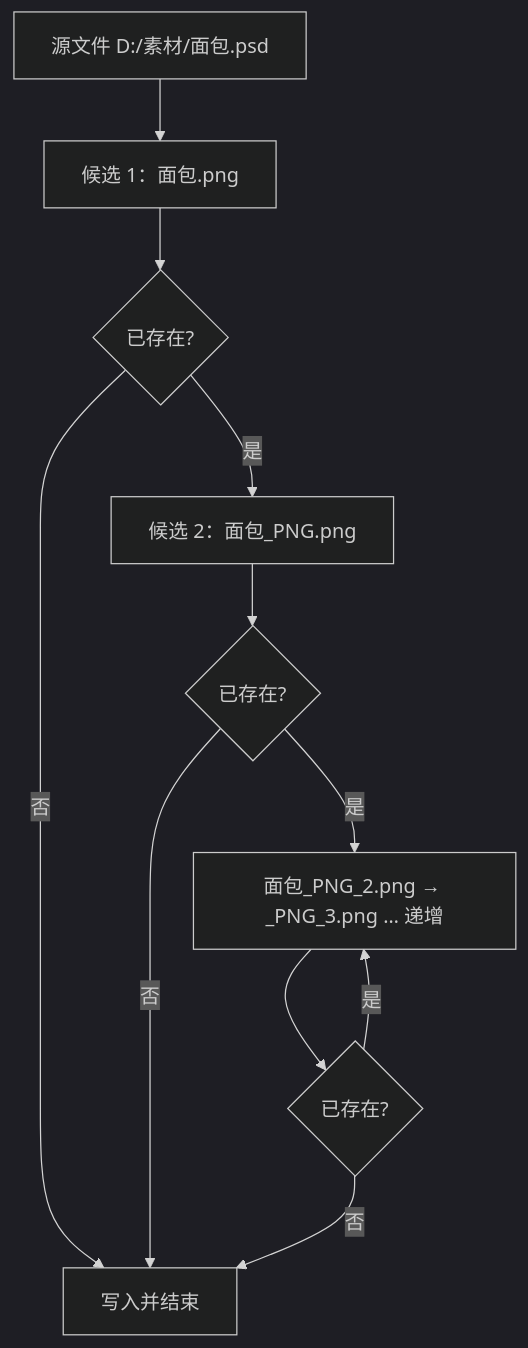
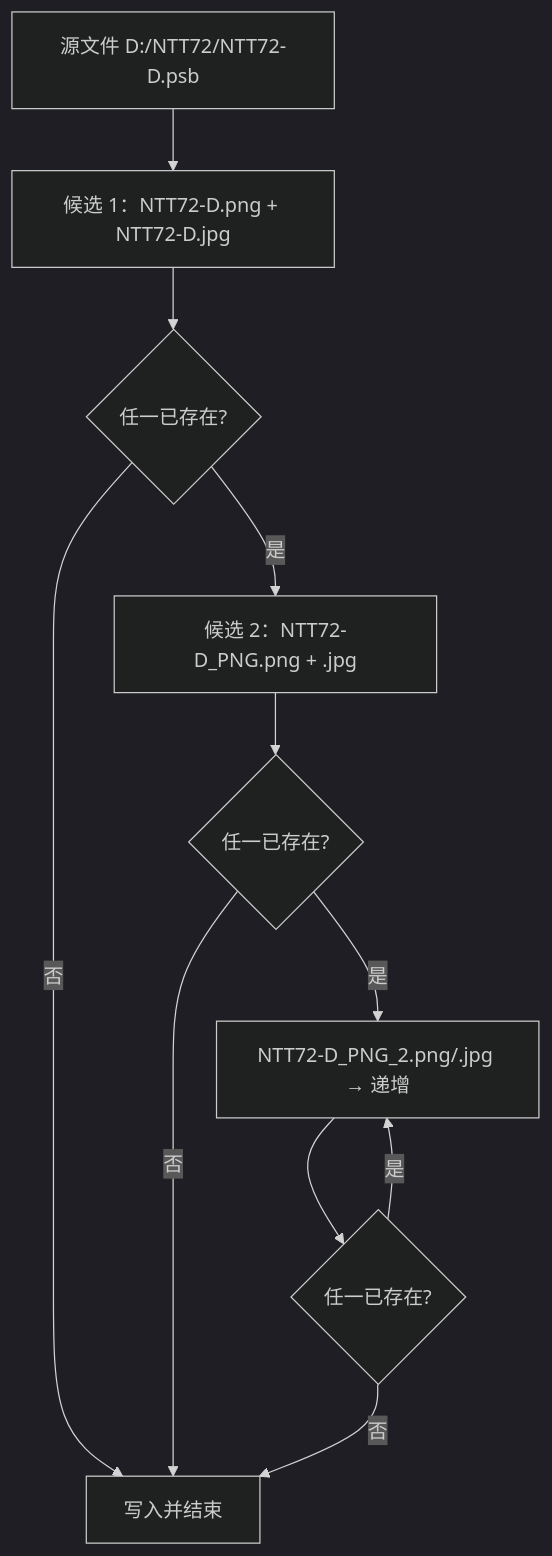
The fourth of 4 diagrams in README.md (1187574340yangping-hash/KeyShot-PSD-to-PNG), drawn with Mermaid (dark theme) before and after one commit. The commit also changed other lines of this file and 6 other files, not shown here.

Commit message:
feat: v2 - PSB support, auto-trim to content bounds, selectable PNG/JPG

````diff
--- a/README.md
+++ b/README.md
@@ -101,13 +116,13 @@
 ```mermaid
 flowchart TD
-    A["源文件 D:/素材/面包.psd"] --> B["候选 1：面包.png"]
-    B --> C{"已存在?"}
+    A["源文件 D:/NTT72/NTT72-D.psb"] --> B["候选 1：NTT72-D.png + NTT72-D.jpg"]
+    B --> C{"任一已存在?"}
     C -- 否 --> Z["写入并结束"]
-    C -- 是 --> D["候选 2：面包_PNG.png"]
-    D --> E{"已存在?"}
+    C -- 是 --> D["候选 2：NTT72-D_PNG.png + .jpg"]
+    D --> E{"任一已存在?"}
     E -- 否 --> Z
-    E -- 是 --> F["面包_PNG_2.png → _PNG_3.png … 递增"]
-    F --> G{"已存在?"}
+    E -- 是 --> F["NTT72-D_PNG_2.png/.jpg → 递增"]
+    F --> G{"任一已存在?"}
     G -- 否 --> Z
     G -- 是 --> F
 ```
````
